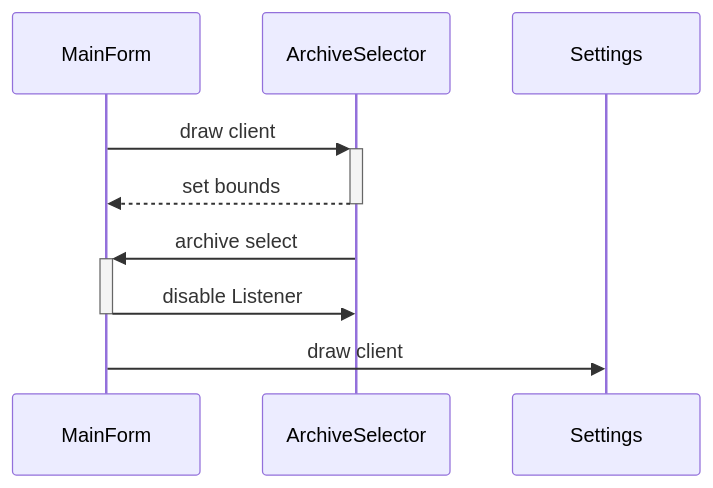
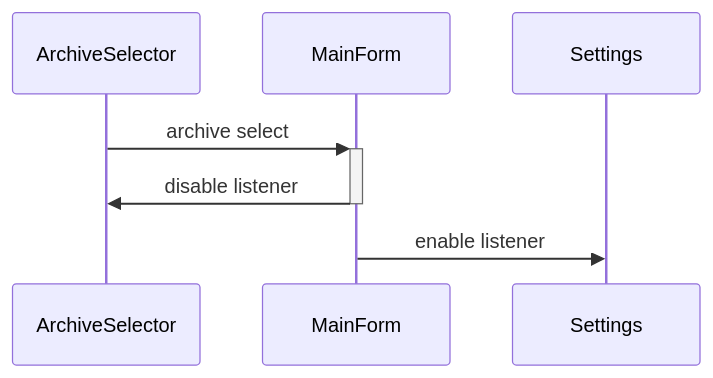
One commit to Supheria/warring_states changed the first of 6 diagrams in WarringStates/events flow.md. Above: the diagram before and after it, drawn with Mermaid. The commit also changed other lines of this file and 23 other files, not shown here.

````diff
--- a/WarringStates/events flow.md
+++ b/WarringStates/events flow.md
@@ -1,8 +3,6 @@
 ```mermaid
 sequenceDiagram
-    MainForm->>+ArchiveSelector: draw client
-    ArchiveSelector-->>-MainForm: set bounds
     ArchiveSelector->>+MainForm: archive select
-    MainForm->>-ArchiveSelector: disable Listener
-    MainForm->>Settings: draw client
+    MainForm->>-ArchiveSelector: disable listener
+    MainForm->>Settings: enable listener
 ```
````
